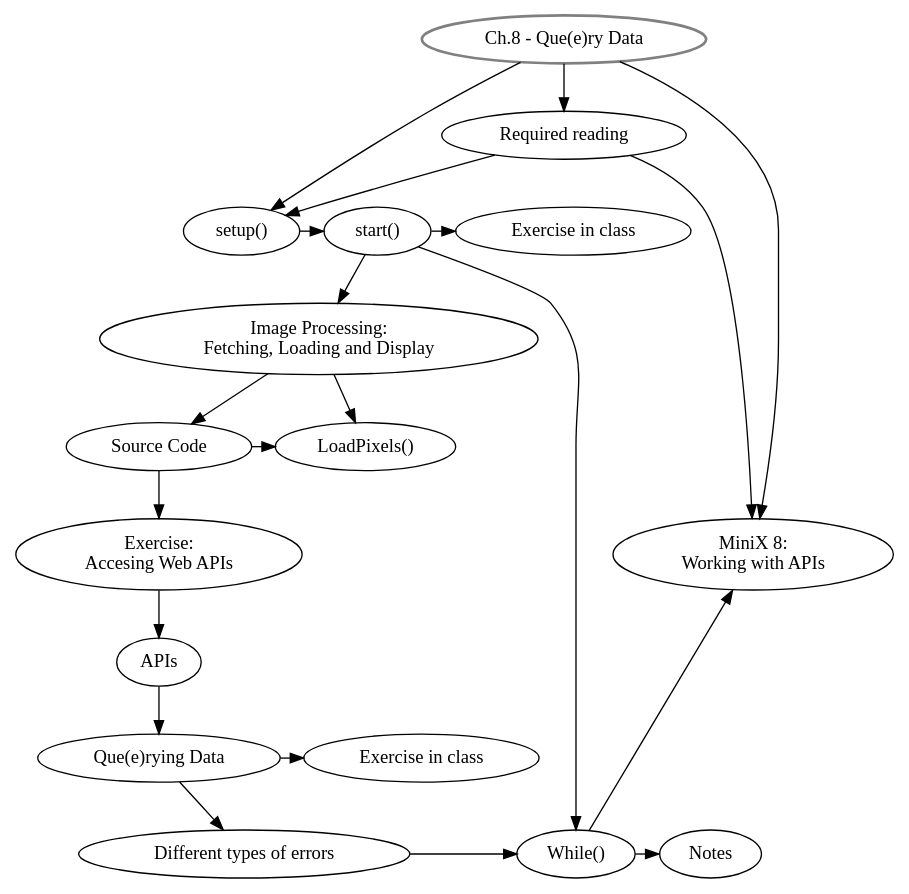
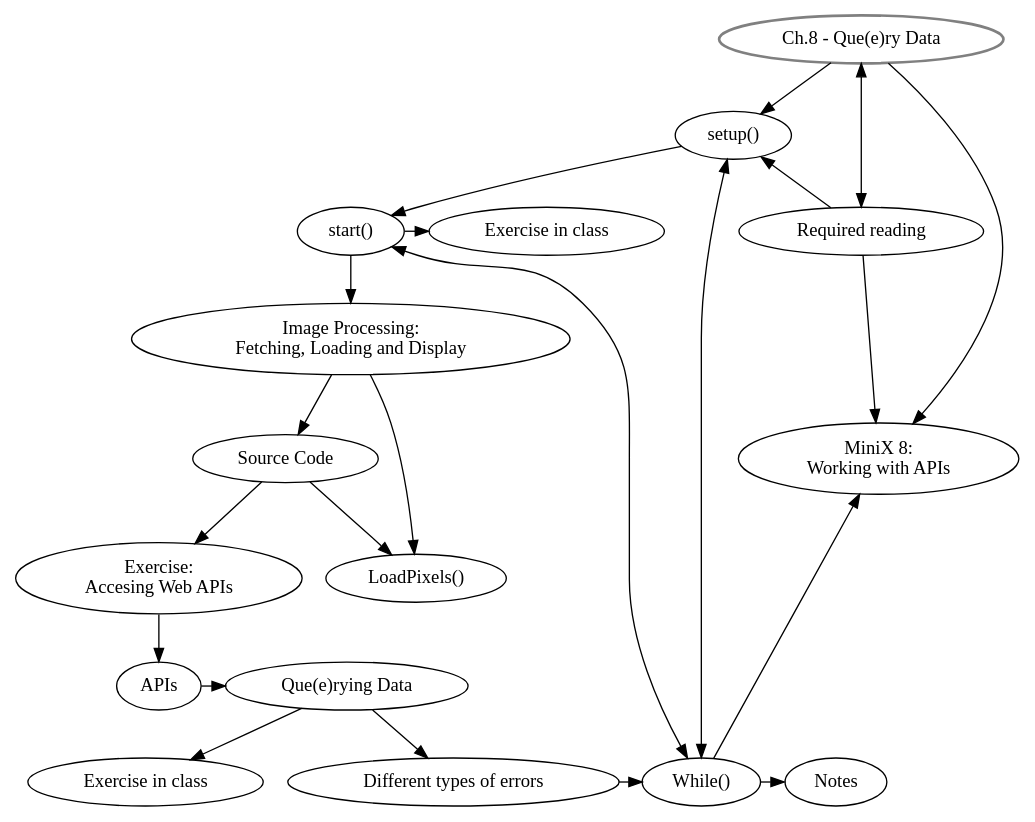
One commit to danbz/aesthetic-programming changed the diagram in graphviz/AP_ch8.dot. Above: the diagram before and after it, drawn with Graphviz. The commit also changed 3 other files, not shown here.

```diff
--- a/graphviz/AP_ch8.dot
+++ b/graphviz/AP_ch8.dot
@@ -1,42 +1,47 @@
 digraph G {
 //labels
 GS [
 label="Ch.8 - Que(e)ry Data",
 style=bold,
 color=grey,
 ]
 
 SU [label="setup()"]
 ST [label="start()"]
 EiC [label="Exercise in class"]
 IP [label="Image Processing: \nFetching, Loading and Display"]
 SC [label="Source Code"]
 EiC2 [label="Exercise: \nAccesing Web APIs"]
 API [label="APIs"]
 QD [label="Que(e)rying Data"]
 EiC3 [label="Exercise in class"]
 LP [label="LoadPixels()"]
 ER [label="Different types of errors"]
 MW [label="While()"]
 MX [label="MiniX 8: \nWorking with APIs"]
 RR [label="Required reading"]
 Notes [label="Notes"]
 
 //rank
-{rank = same; SU, ST, EiC}
-{rank = same; MW, Notes, ER}
-{rank = same; SC, LP}
-{rank = same; MX, EiC2}
-{rank = same; QD, EiC3}
+{rank = same; MW, Notes}
+{rank = same; EiC, ST}
+{rank = same; RR, EiC, ST}
+
+{rank = same; MX, SC}
+{rank = same; API, QD}
+{rank = same; MW, EiC3, ER}
 
 //graph
 GS -> SU -> ST -> EiC;
-GS -> RR, MX;
+GS -> RR[dir=both, minlen=2];
+SU -> MW [dir=both];
+GS ->  MX;
 RR -> MX, SU;
 ST -> IP -> SC -> LP;
 IP -> LP;
 SC -> EiC2 -> API -> QD -> EiC3;
 QD -> ER -> MW;
-ST -> MW -> Notes;
+ST -> MW [dir=both];
+MW -> Notes;
 MW -> MX;
 }
```
